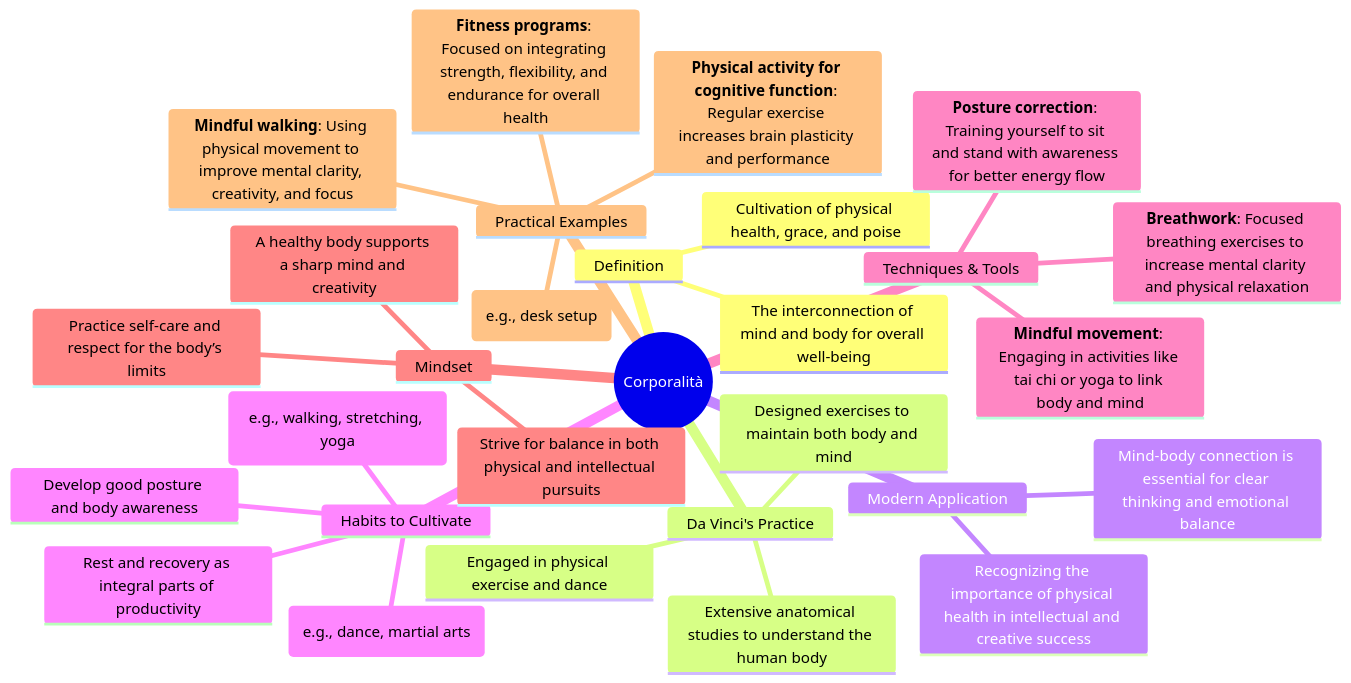
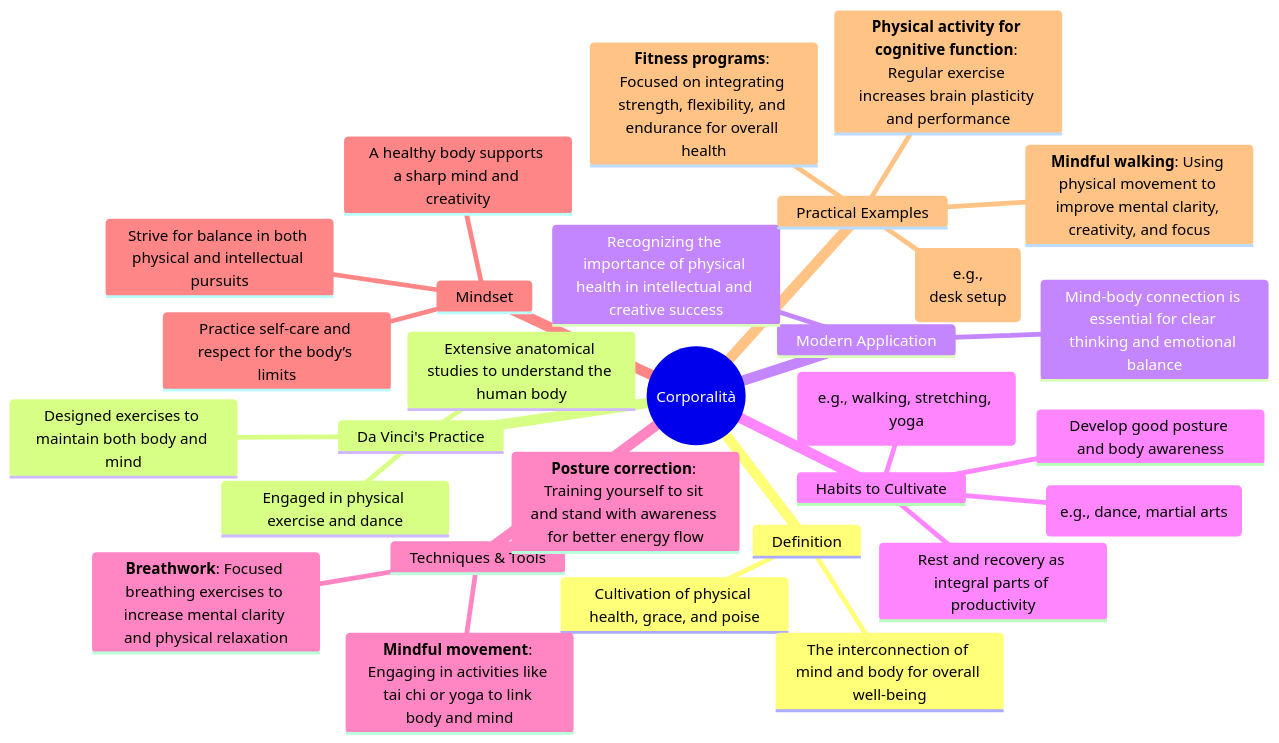
One commit to nagvbt/nagvbt.github.io changed the seventh of 8 diagrams in docs/articles/Books/ThinkLikeDaVinci.md. Above: the diagram before and after it, drawn with Mermaid. The commit also changed other lines of this file and 72 other files, not shown here.

````diff
--- a/docs/articles/Books/ThinkLikeDaVinci.md
+++ b/docs/articles/Books/ThinkLikeDaVinci.md
@@ -156,32 +159,33 @@
 ```mermaid
 mindmap
   root((Corporalità))
     Definition
       Cultivation of physical health, grace, and poise
       The interconnection of mind and body for overall well-being
     Da Vinci's Practice
       Extensive anatomical studies to understand the human body
       Engaged in physical exercise and dance
       Designed exercises to maintain both body and mind
     Modern Application
       Recognizing the importance of physical health in intellectual and creative success
       Mind-body connection is essential for clear thinking and emotional balance
     Habits to Cultivate
       Regular physical activity (e.g., walking, stretching, yoga)
       Develop good posture and body awareness
       Engage in activities that promote coordination (e.g., dance, martial arts)
       Rest and recovery as integral parts of productivity
     Techniques & Tools
       **Posture correction**: Training yourself to sit and stand with awareness for better energy flow
       **Mindful movement**: Engaging in activities like tai chi or yoga to link body and mind
       **Breathwork**: Focused breathing exercises to increase mental clarity and physical relaxation
     Mindset
       A healthy body supports a sharp mind and creativity
       Strive for balance in both physical and intellectual pursuits
       Practice self-care and respect for the body’s limits
     Practical Examples
       **Physical activity for cognitive function**: Regular exercise increases brain plasticity and performance
-      **Ergonomics**: Applying body awareness for better productivity and health in daily life (e.g., desk setup)
+      **Ergonomics**: Applying body awareness for better productivity and health in daily life (e.g.,
+       desk setup)
       **Mindful walking**: Using physical movement to improve mental clarity, creativity, and focus
       **Fitness programs**: Focused on integrating strength, flexibility, and endurance for overall health
 ```
````
